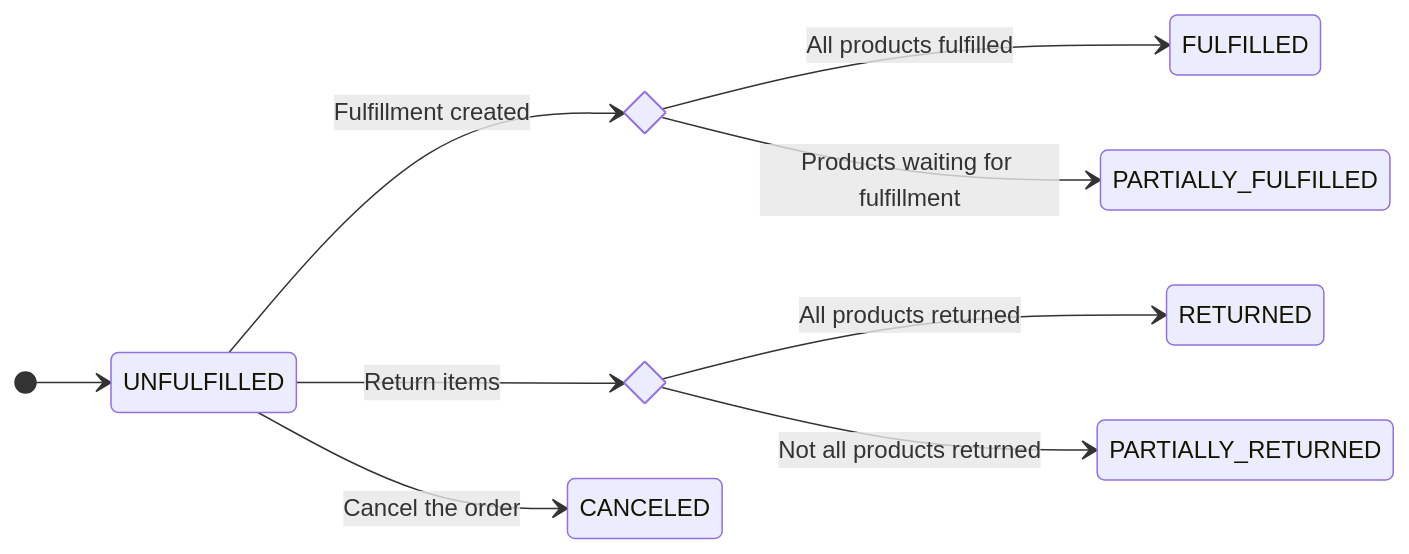
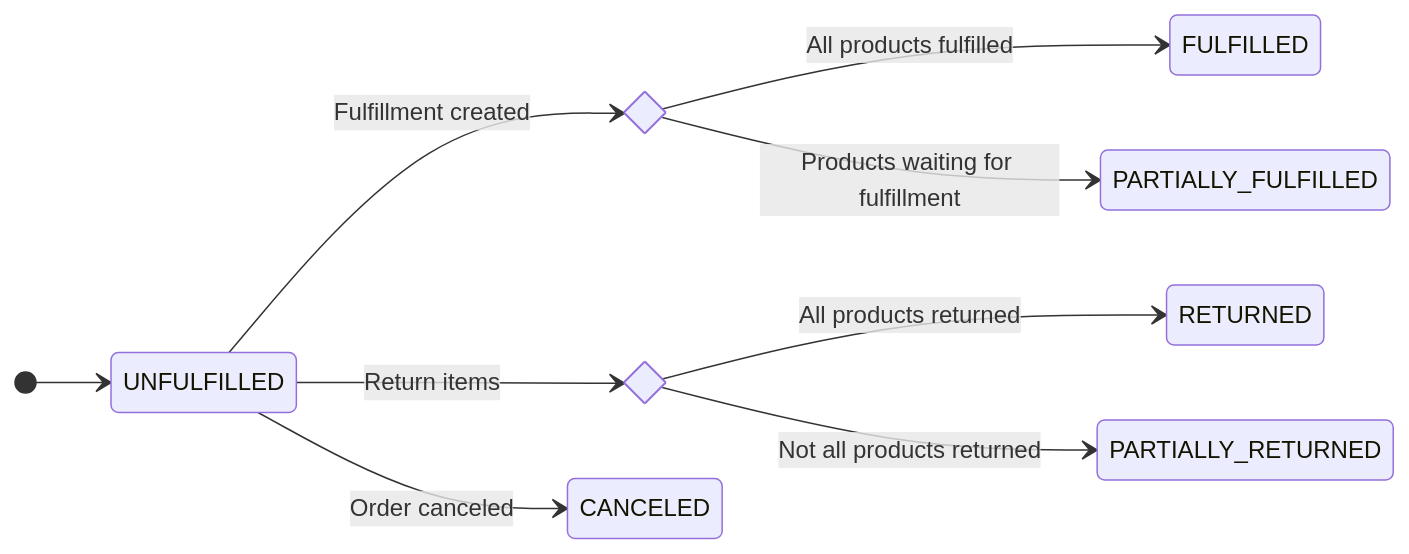
Before and after one commit to saleor/saleor-docs: the fourth of 10 diagrams in docs/developer/order-status.mdx, drawn with Mermaid. The commit also changed other lines of this file, not shown here.

````diff
--- a/docs/developer/order-status.mdx
+++ b/docs/developer/order-status.mdx
@@ -101,20 +101,20 @@
 ```mermaid
 stateDiagram-v2
     state if_state_fulfillments <<choice>>
     state if_state_returns <<choice>>
 
     direction LR
 
     [*] --> UNFULFILLED
 
     UNFULFILLED --> if_state_fulfillments: Fulfillment created
     if_state_fulfillments --> FULFILLED: All products fulfilled
     if_state_fulfillments --> PARTIALLY_FULFILLED: Products waiting for fulfillment
 
-    UNFULFILLED --> CANCELED: Cancel the order
+    UNFULFILLED --> CANCELED: Order canceled
 
     UNFULFILLED --> if_state_returns: Return items
     if_state_returns --> RETURNED: All products returned
     if_state_returns --> PARTIALLY_RETURNED: Not all products returned
 
 ```
````
